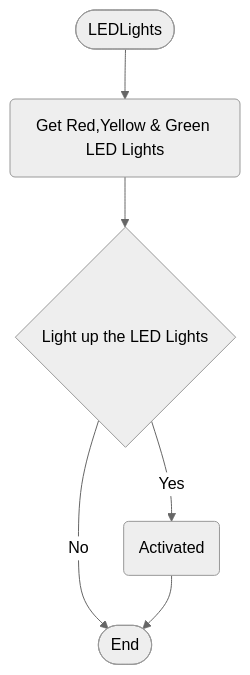
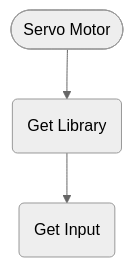
One commit to Glovania/Solar-Panel-SmartDevice changed the second of 2 diagrams in logic.md. Above: the diagram before and after it, drawn with Mermaid (neutral theme). The commit also changed other lines of this file, not shown here.

````diff
--- a/logic.md
+++ b/logic.md
@@ -25,13 +19,9 @@
 ```mermaid
 flowchart TD
-    Start([LEDLights])
-    getAllThreeLights(Get Red,Yellow & Green LED Lights)
-    checkElectricDetected{Light up the LED Lights}
-    LEDLightsActivated(Activated)
-    finish([End])
+    Start([Servo Motor])
+    GetServoExtensionLibrary(Get Library)
+    InputServo(Get Input)
+    
 
-    Start --> getAllThreeLights --> checkElectricDetected
-    checkElectricDetected --> |Yes| LEDLightsActivated
-    checkElectricDetected --> |No| finish
-    LEDLightsActivated --> finish
+    Start --> GetServoExtensionLibrary --> InputServo
 ```
````
